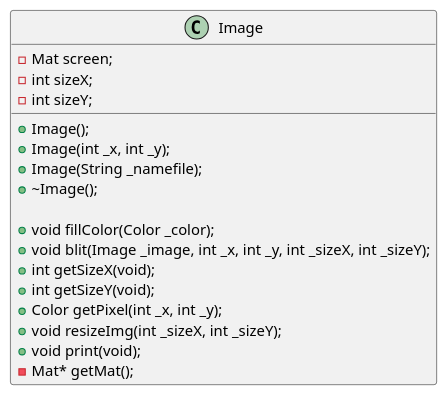
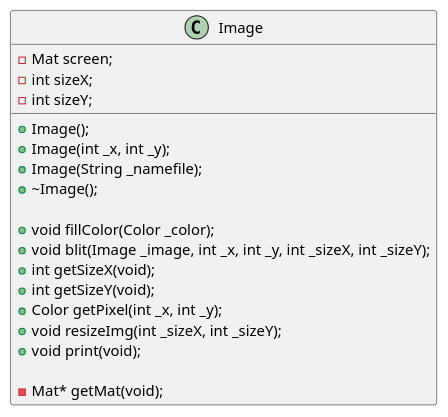
One commit to Crni-Bombarder/Retarded_Peace changed the diagram in uml/Image.puml. Above: the diagram before and after it, drawn with PlantUML. The commit also changed 1 other file, not shown here.

```diff
--- a/uml/Image.puml
+++ b/uml/Image.puml
@@ -1,25 +1,24 @@
 @startuml
 
 class Image {
 + Image();
 + Image(int _x, int _y);
 + Image(String _namefile);
 + ~Image();
 
 + void fillColor(Color _color);
 + void blit(Image _image, int _x, int _y, int _sizeX, int _sizeY);
 + int getSizeX(void);
 + int getSizeY(void);
 + Color getPixel(int _x, int _y);
 + void resizeImg(int _sizeX, int _sizeY);
 + void print(void);
 
+- Mat* getMat(void);
+
 - Mat screen;
 - int sizeX;
 - int sizeY;
-
-- Mat* getMat();
 }
 
-
 @enduml
```
